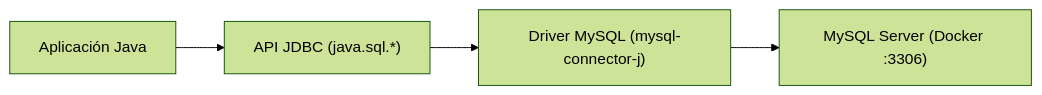
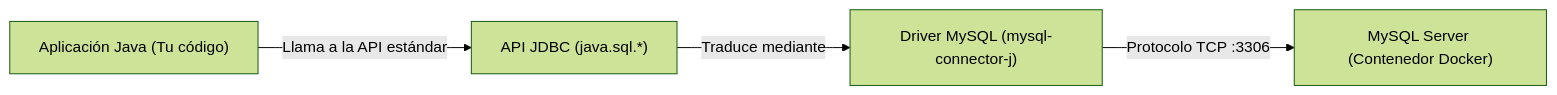
One commit to acamarac02/DevTacora changed the first of 3 diagrams in docs/02_ada_2627/ut3_jdbc/1-introduccion-jdbc-maven.md. Above: the diagram before and after it, drawn with Mermaid (forest theme). The commit also changed other lines of this file and 8 other files, not shown here.

````diff
--- a/docs/02_ada_2627/ut3_jdbc/1-introduccion-jdbc-maven.md
+++ b/docs/02_ada_2627/ut3_jdbc/1-introduccion-jdbc-maven.md
@@ -23,6 +28,6 @@
 ```mermaid
 graph LR
-    A["Aplicación Java"] --> B["API JDBC (java.sql.*)"]
-    B --> C["Driver MySQL (mysql-connector-j)"]
-    C --> D["MySQL Server (Docker :3306)"]
+    A["Aplicación Java (Tu código)"] -->|"Llama a la API estándar"| B["API JDBC (java.sql.*)"]
+    B -->|"Traduce mediante"| C["Driver MySQL (mysql-connector-j)"]
+    C -->|"Protocolo TCP :3306"| D["MySQL Server (Contenedor Docker)"]
 ```
````
